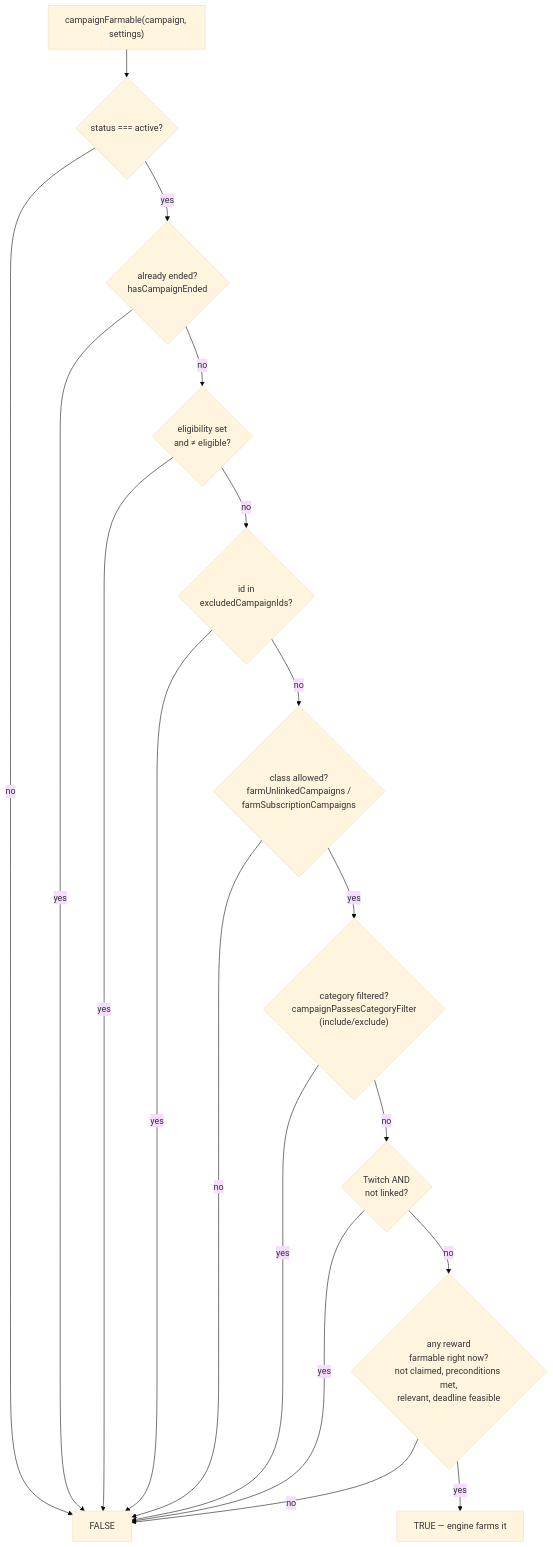
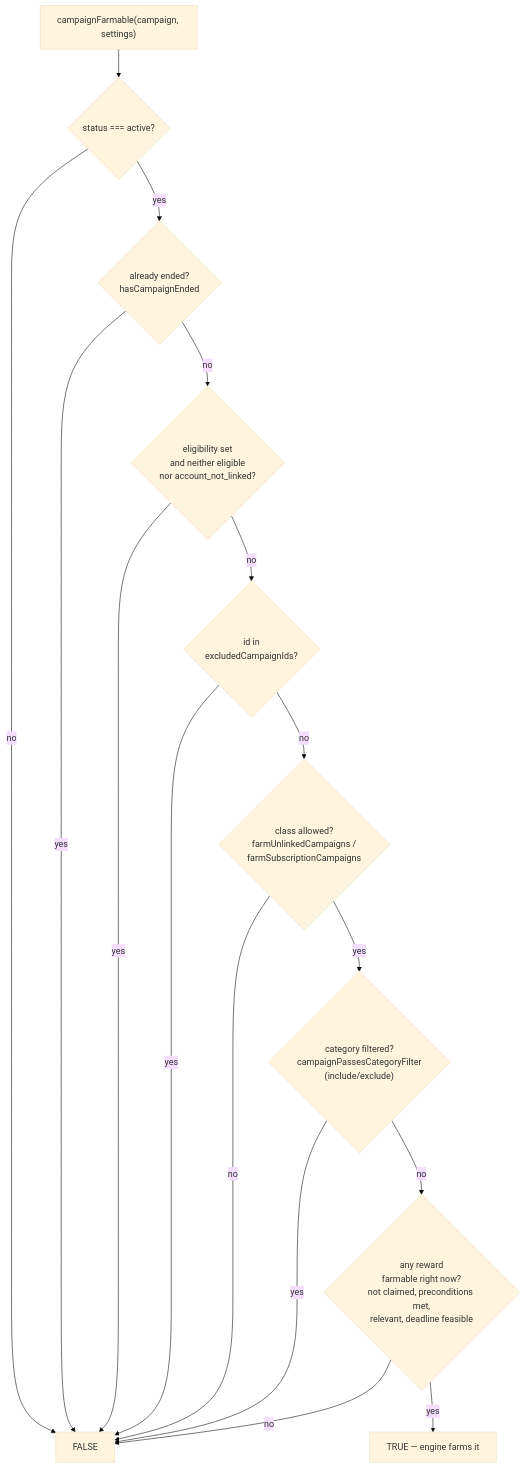
The first of 2 diagrams in docs/campaign-farmability-visibility.md (jamezrin/lurkloot), drawn with Mermaid (base theme) before and after one commit. The commit also changed other lines of this file and 7 other files, not shown here.

````diff
--- a/docs/campaign-farmability-visibility.md
+++ b/docs/campaign-farmability-visibility.md
@@ -17,20 +17,18 @@
 ```mermaid
 flowchart TD
     A["campaignFarmable(campaign, settings)"] --> B{"status === active?"}
     B -- no --> N1["FALSE"]
     B -- yes --> C{"already ended?<br/>hasCampaignEnded"}
     C -- yes --> N1
-    C -- no --> D{"eligibility set<br/>and ≠ eligible?"}
+    C -- no --> D{"eligibility set<br/>and neither eligible<br/>nor account_not_linked?"}
     D -- yes --> N1
     D -- no --> E{"id in<br/>excludedCampaignIds?"}
     E -- yes --> N1
     E -- no --> F{"class allowed?<br/>farmUnlinkedCampaigns /<br/>farmSubscriptionCampaigns"}
     F -- no --> N1
     F -- yes --> G{"category filtered?<br/>campaignPassesCategoryFilter<br/>(include/exclude)"}
     G -- yes --> N1
-    G -- no --> H{"Twitch AND<br/>not linked?"}
-    H -- yes --> N1
-    H -- no --> I{"any reward<br/>farmable right now?<br/>not claimed, preconditions met,<br/>relevant, deadline feasible"}
+    G -- no --> I{"any reward<br/>farmable right now?<br/>not claimed, preconditions met,<br/>relevant, deadline feasible"}
     I -- no --> N1
     I -- yes --> Y1["TRUE — engine farms it"]
 ```
````
